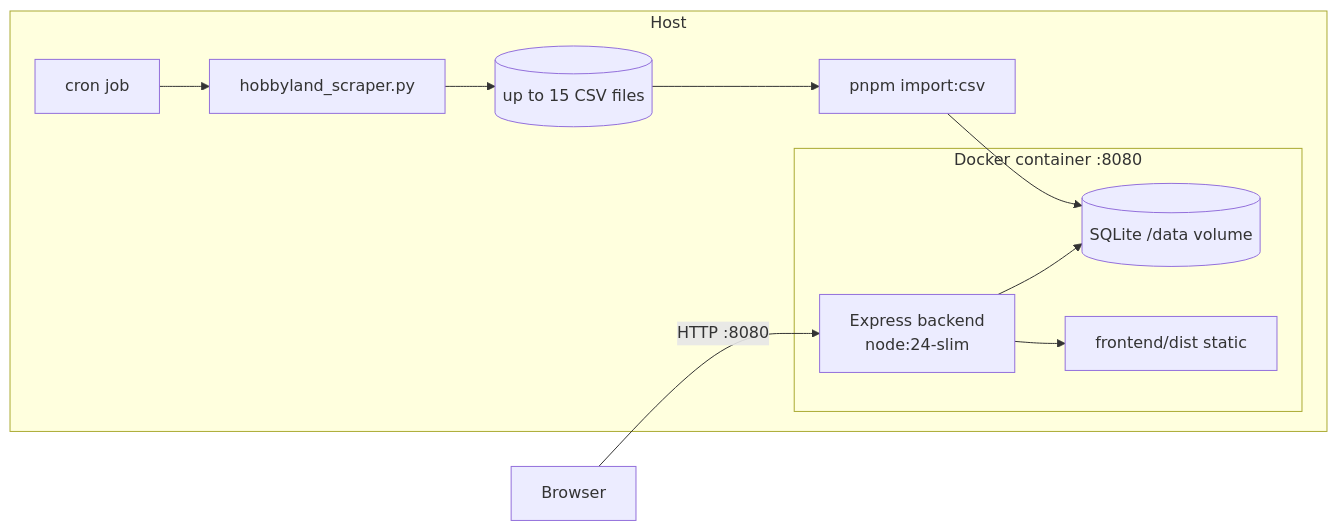
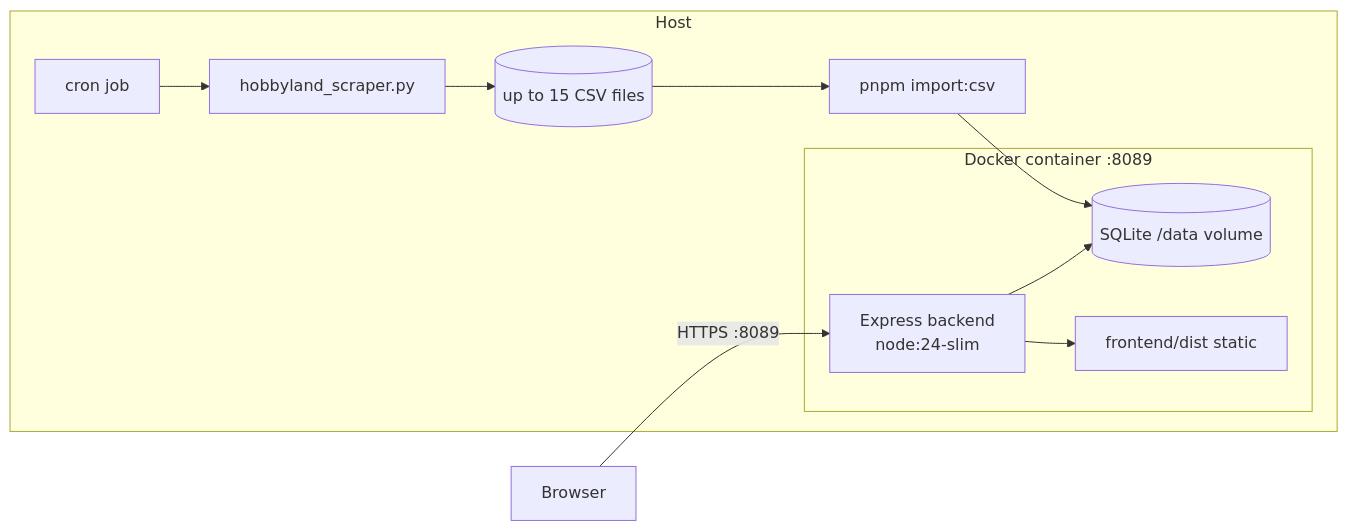
One commit to jakwong1981/hobbyland changed the seventh of 7 diagrams in docs/ARCHITECTURE.md. Above: the diagram before and after it, drawn with Mermaid. The commit also changed 16 other files, not shown here.

````diff
--- a/docs/ARCHITECTURE.md
+++ b/docs/ARCHITECTURE.md
@@ -182,14 +182,14 @@
 ```mermaid
 flowchart LR
     subgraph Host
         CRON[cron job] --> SCR[hobbyland_scraper.py]
         SCR --> CSV[(up to 15 CSV files)]
         CSV --> CLI[pnpm import:csv]
-        subgraph Docker container :8080
+        subgraph Docker container :8089
             BE[Express backend<br/>node:24-slim] --> DB[(SQLite /data volume)]
             BE --> FE[frontend/dist static]
         end
         CLI --> DB
     end
-    Browser -->|HTTP :8080| BE
+    Browser -->|HTTPS :8089| BE
 ```
````
